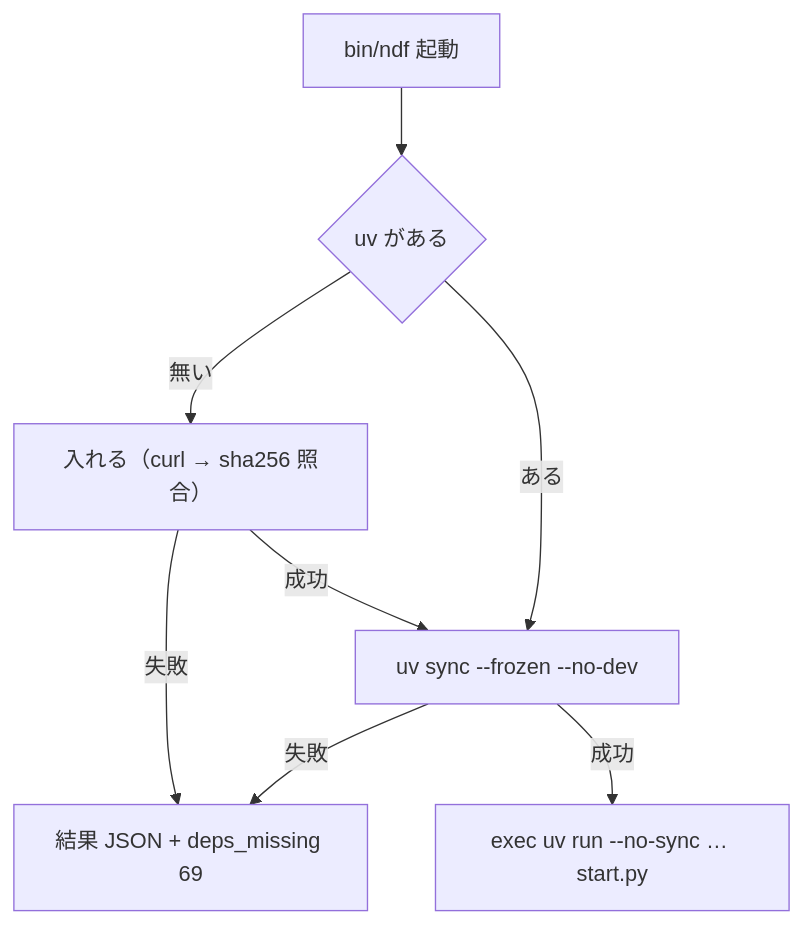
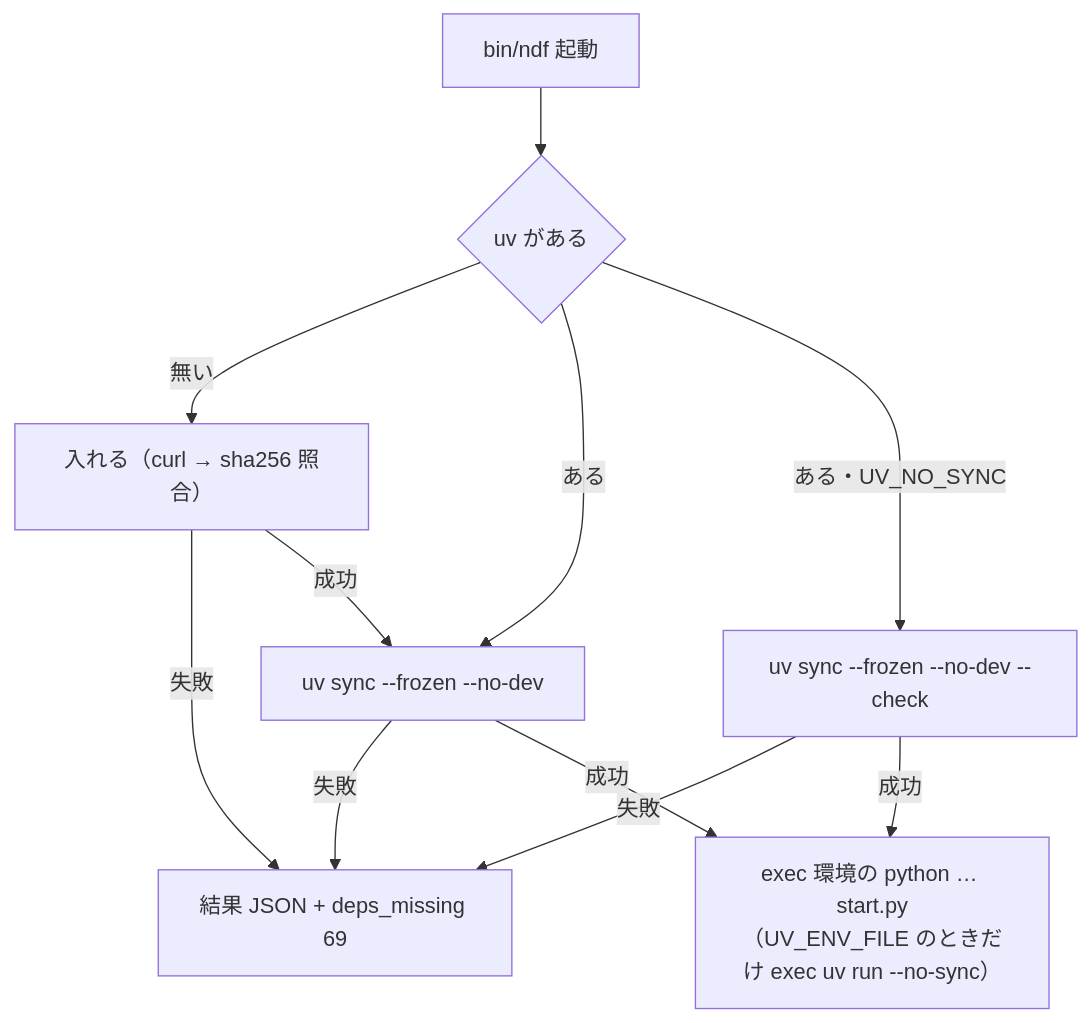
The fifth of 5 diagrams in issues/issue-3687-design.md (devbasex/ai-plugins), drawn with Mermaid before and after one commit. The commit also changed other lines of this file and 4 other files, not shown here.

Commit message:
Fix: #3687 環境ファイルの読み込みと UV_NO_SYNC の確かめを保ち、設計を環境の Python の直の起動へ合わせる

````diff
--- a/issues/issue-3687-design.md
+++ b/issues/issue-3687-design.md
@@ -289,10 +289,13 @@
 ```mermaid
 flowchart TB
   S["bin/ndf 起動"] --> U{"uv がある"}
   U -->|無い| I["入れる（curl → sha256 照合）"]
   I -->|失敗| E["結果 JSON + deps_missing 69"]
   U -->|ある| Y["uv sync --frozen --no-dev"]
   I -->|成功| Y
   Y -->|失敗| E
-  Y -->|成功| X["exec uv run --no-sync … start.py"]
+  U -->|ある・UV_NO_SYNC| C["uv sync --frozen --no-dev --check"]
+  C -->|失敗| E
+  C -->|成功| X
+  Y -->|成功| X["exec 環境の python … start.py<br/>（UV_ENV_FILE のときだけ exec uv run --no-sync）"]
 ```
````
